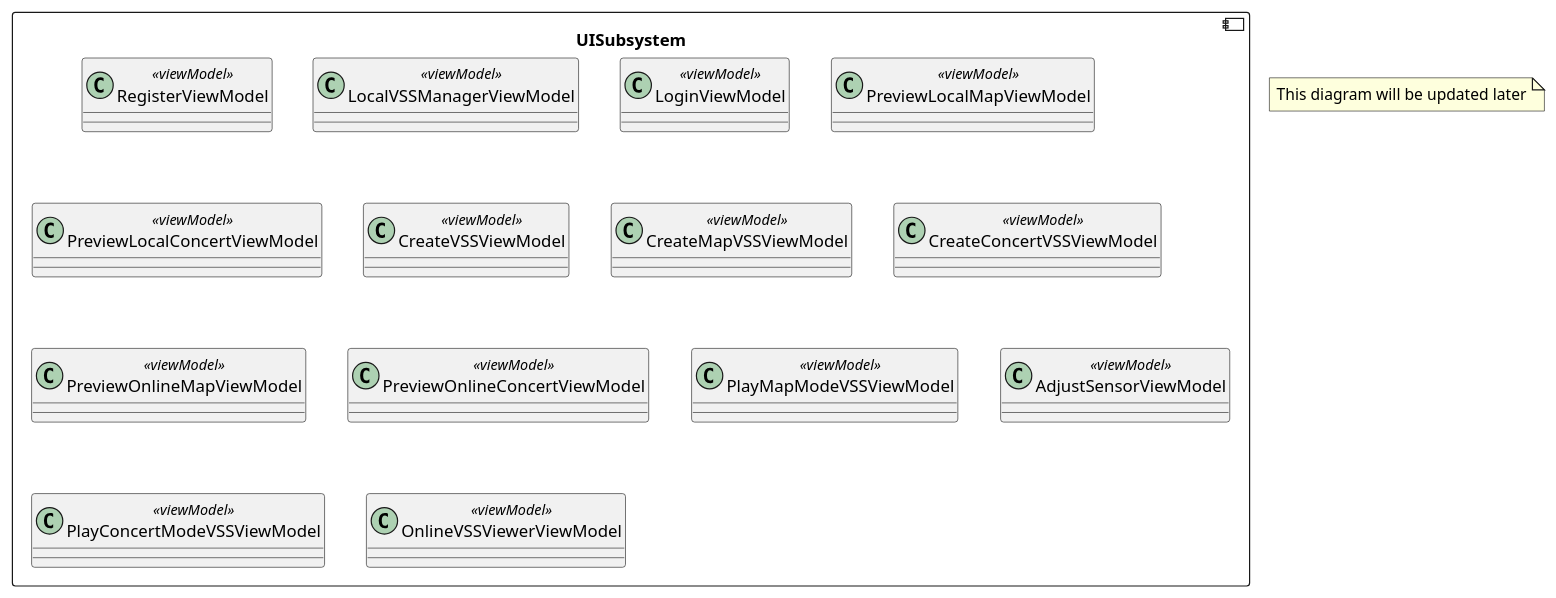
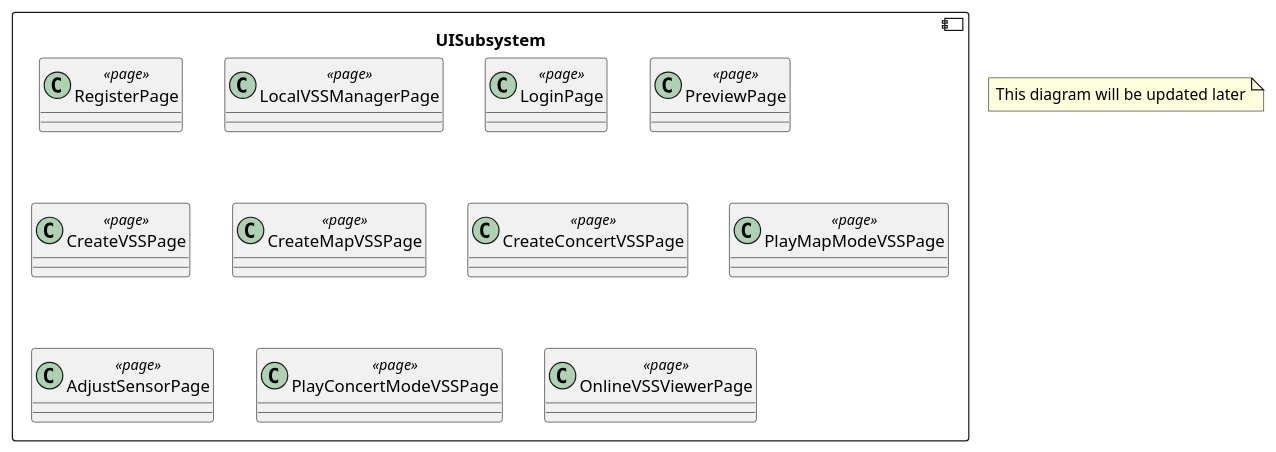
Before and after one commit to kpp19920121/doc: the second of 20 diagrams in 设计/软件架构文档.md, drawn with PlantUML. The commit also changed other lines of this file and 1 other file, not shown here.

Commit message:
统一类名称

````diff
--- a/设计/软件架构文档.md
+++ b/设计/软件架构文档.md
@@ -166,52 +166,41 @@
 ```PlantUML
 @startuml Diagrams/UISubsystemClassDiagram
 note "This diagram will be updated later" as notes
 
 component UISubsystem {
-    class RegisterViewModel <<viewModel>> {
+    class RegisterPage <<page>> {
     }
-    class LocalVSSManagerViewModel <<viewModel>> {
+    class LocalVSSManagerPage <<page>> {
 
     }
-    class LoginViewModel <<viewModel>> {
+    class LoginPage <<page>> {
 
     }
-    class PreviewLocalMapViewModel <<viewModel>> {
+    class PreviewPage <<page>> {
 
     }
-    class PreviewLocalConcertViewModel <<viewModel>> {
+    class CreateVSSPage <<page>> {
 
     }
-    class CreateVSSViewModel <<viewModel>> {
+    class CreateMapVSSPage <<page>> {
 
     }
-    class CreateMapVSSViewModel <<viewModel>> {
+    class CreateConcertVSSPage <<page>> {
 
     }
-    class CreateConcertVSSViewModel <<viewModel>> {
+    class PlayMapModeVSSPage <<page>> {
 
     }
-    class PreviewOnlineMapViewModel <<viewModel>> {
+    class AdjustSensorPage <<page>> {
 
     }
-    class PreviewOnlineConcertViewModel <<viewModel>> {
+    class PlayConcertModeVSSPage <<page>> {
 
     }
-    class PlayMapModeVSSViewModel <<viewModel>> {
-
-    }
-
-    class AdjustSensorViewModel <<viewModel>> {
-
-    }
-    class PlayConcertModeVSSViewModel <<viewModel>> {
-
-    }
-
-    class OnlineVSSViewerViewModel <<viewModel>> {
+    class OnlineVSSViewerPage <<page>> {
 
     }
 }
 
 @enduml
 ```
````
